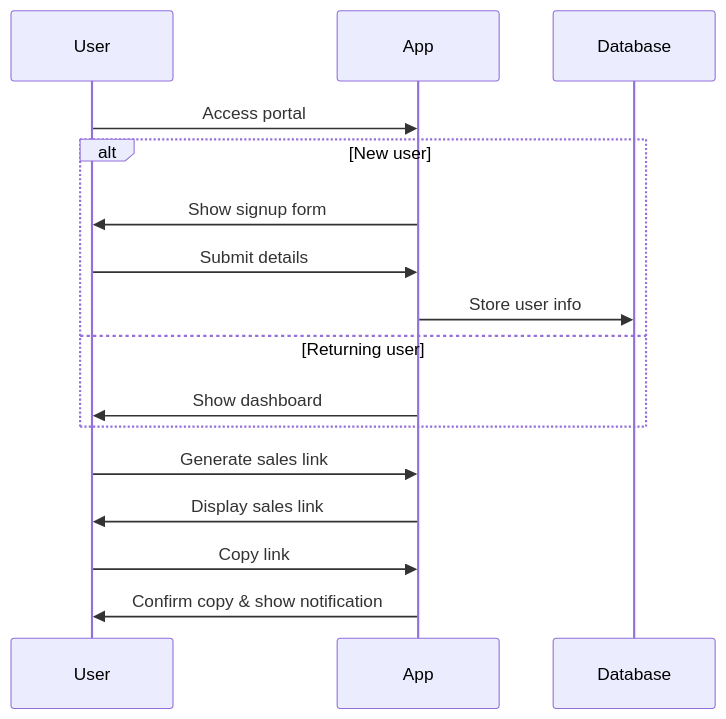
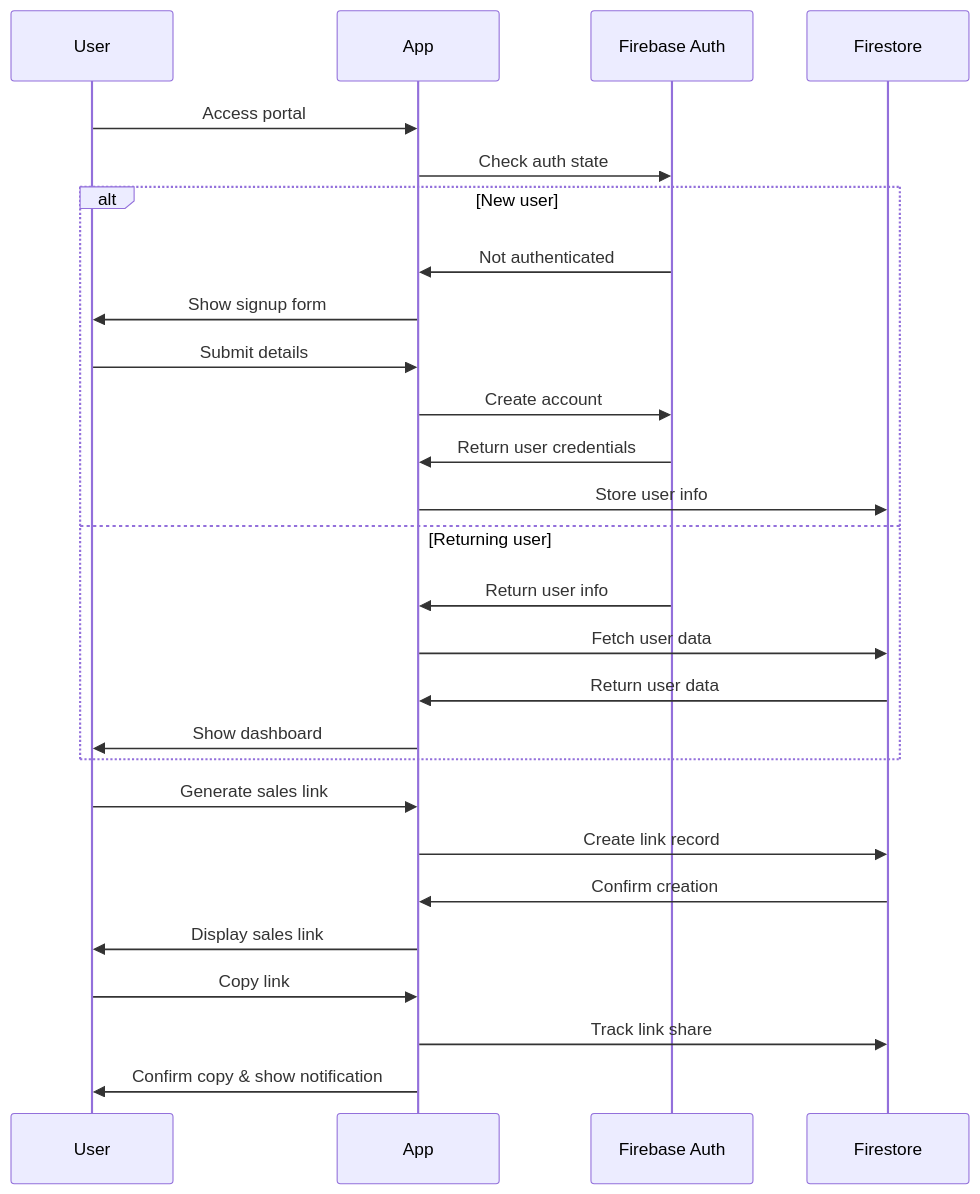
The second of 2 diagrams in README.md (SpencerBrown1717/lvl3_affiliate_2), drawn with Mermaid before and after one commit. The commit also changed other lines of this file, not shown here.

Commit message:
Update README with Firebase backend integration details

````diff
--- a/README.md
+++ b/README.md
@@ -33,19 +42,33 @@
 ```mermaid
 sequenceDiagram
     participant User
     participant App
-    participant Database
+    participant Firebase Auth
+    participant Firestore
     
     User->>App: Access portal
+    App->>Firebase Auth: Check auth state
+    
     alt New user
+        Firebase Auth->>App: Not authenticated
         App->>User: Show signup form
         User->>App: Submit details
-        App->>Database: Store user info
+        App->>Firebase Auth: Create account
+        Firebase Auth->>App: Return user credentials
+        App->>Firestore: Store user info
     else Returning user
+        Firebase Auth->>App: Return user info
+        App->>Firestore: Fetch user data
+        Firestore->>App: Return user data
         App->>User: Show dashboard
     end
+    
     User->>App: Generate sales link
+    App->>Firestore: Create link record
+    Firestore->>App: Confirm creation
     App->>User: Display sales link
+    
     User->>App: Copy link
+    App->>Firestore: Track link share
     App->>User: Confirm copy & show notification
 ```
````
